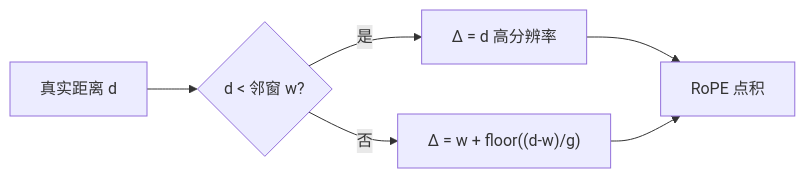
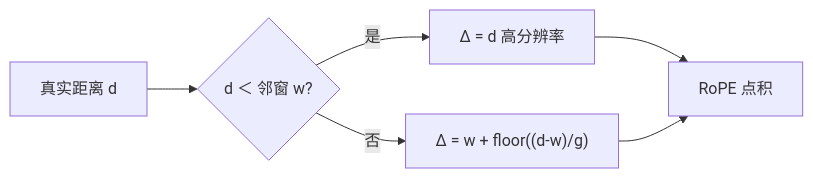
One commit to xhongduo-tech/xhongduo-tech.github.io changed the diagram in docs/llm/self-extend.md. Above: the diagram before and after it, drawn with Mermaid. The commit also changed other lines of this file and 772 other files, not shown here.

````diff
--- a/docs/llm/self-extend.md
+++ b/docs/llm/self-extend.md
@@ -51,8 +51,8 @@
 ```mermaid
 flowchart LR
-  D["真实距离 d"] --> N{"d < 邻窗 w?"}
+  D["真实距离 d"] --> N{"d ＜ 邻窗 w?"}
   N -->|"是"| R["Δ = d 高分辨率"]
   N -->|"否"| G["Δ = w + floor((d-w)/g)"]
   R --> A["RoPE 点积"]
   G --> A
 ```
````
